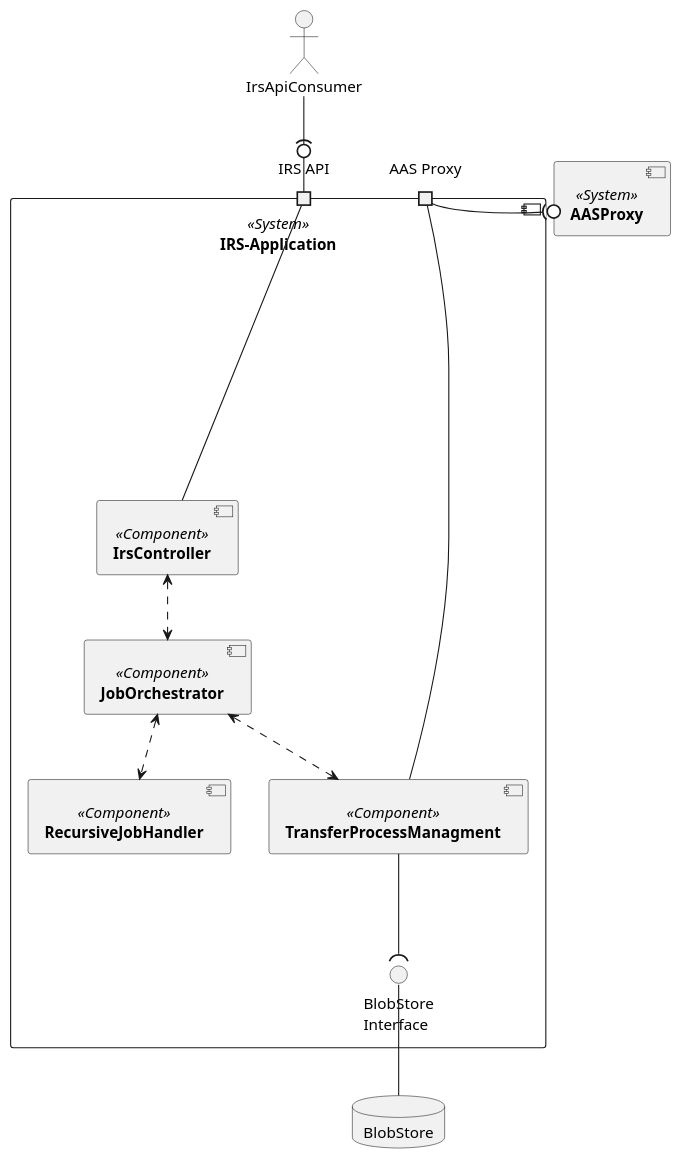
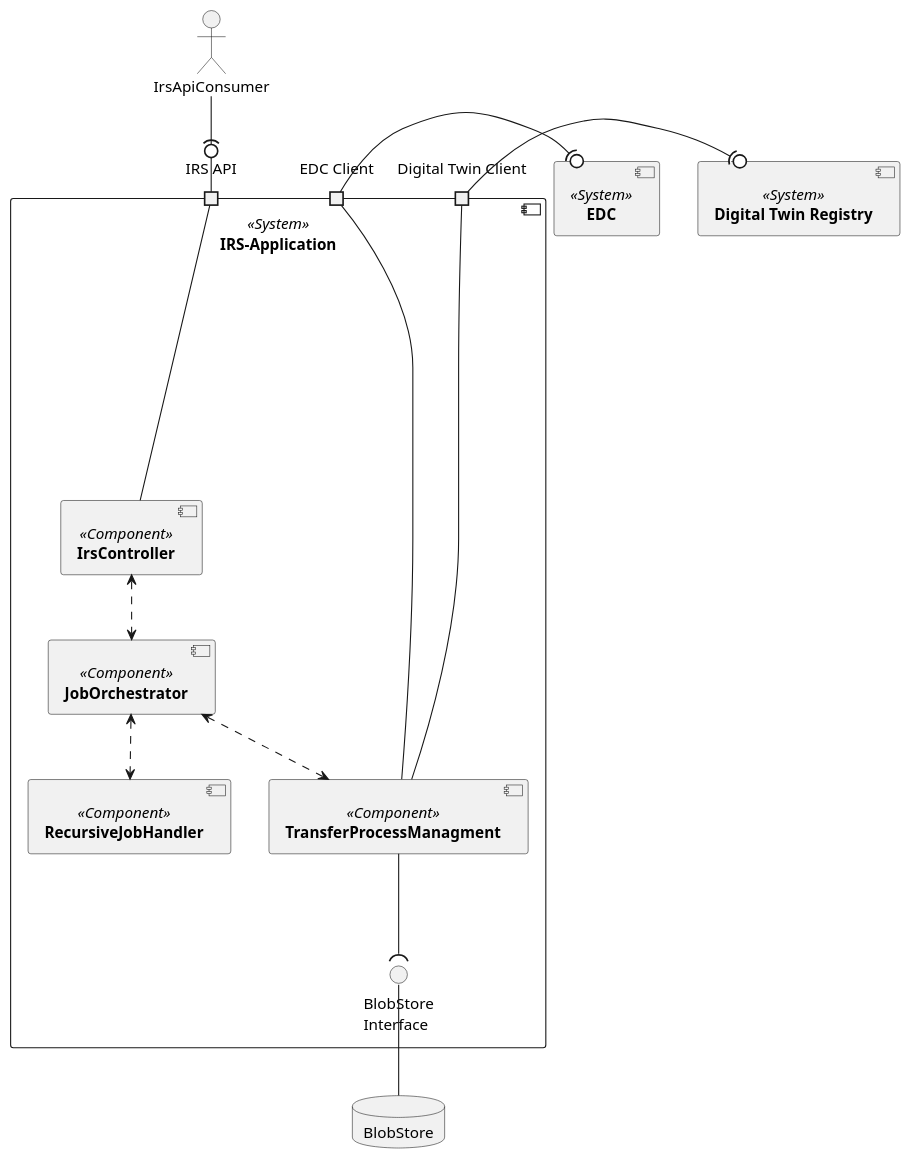
Before and after one commit to eclipse-tractusx/item-relationship-service: the diagram in docs/src/uml-diagrams/building-block-view/building-block-view.puml, drawn with PlantUML. The commit also changed 3 other files, not shown here.

```diff
--- a/docs/src/uml-diagrams/building-block-view/building-block-view.puml
+++ b/docs/src/uml-diagrams/building-block-view/building-block-view.puml
@@ -1,42 +1,46 @@
 @startuml
 skinparam monochrome true
 skinparam shadowing false
 
  component [**IRS-Application**] <<System>> as IRS {
     component [**RecursiveJobHandler**] <<Component>> as RecursiveJobHandler
     component [**IrsController**] <<Component>> as IrsController
     component [**JobOrchestrator**] <<Component>> as JobOrchestrator
-    component [**TransferProcessManagment**] <<Component>> as TransferProcessManagment
+    component [**TransferProcessManagment**] <<Component>> as TransferProcessManagement
 
 
     'component [**AASClient**] <<Subsystem>> as AASClient
     'component [**AASFacade**] <<Subsystem>> as AASFacade
     'component [**SubmodelClient**] <<Subsystem>> as SubmodelClient
     'component [**SubmodelFacade**] <<Subsystem>> as SubmodelFacade ' --> Level2 View
 
     port "IRS API" as API_PORT
-    port "AAS Proxy" as AAS_PORT
+    port "Digital Twin Client" as AAS_PORT
+    port "EDC Client" as EDC_PORT
 
     () "BlobStore\nInterface" as StoreInterface
 
 
     IrsController <..> JobOrchestrator
-    JobOrchestrator <..> TransferProcessManagment
+    JobOrchestrator <..> TransferProcessManagement
     JobOrchestrator <..> RecursiveJobHandler
-    TransferProcessManagment --( StoreInterface
+    TransferProcessManagement --( StoreInterface
 
 
 }
-component [**AASProxy**] <<System>> as AASProxy
+component [**Digital Twin Registry**] <<System>> as DTR
+component [**EDC**] <<System>> as EDC
 actor IrsApiConsumer
 IrsController -up- API_PORT
 IrsApiConsumer -(0- API_PORT
 
 
-TransferProcessManagment --- AAS_PORT
-AAS_PORT -(0 AASProxy
+TransferProcessManagement --- AAS_PORT
+TransferProcessManagement --- EDC_PORT
+AAS_PORT -(0 DTR
+EDC_PORT -(0 EDC
 
 database "BlobStore" as BlobStore
 StoreInterface -down- BlobStore
 
 @enduml
```
